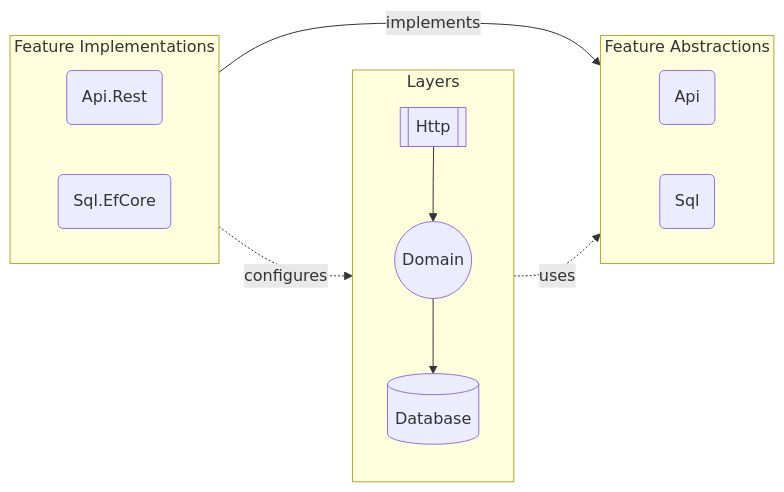
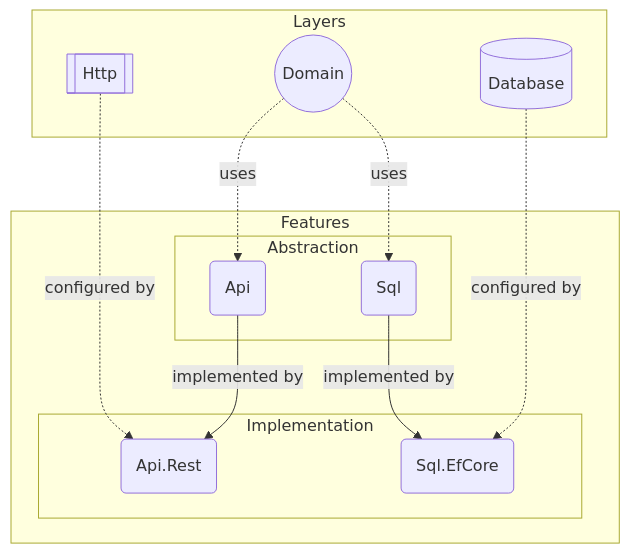
Before and after one commit to mouseless/baked: the fourth of 4 diagrams in docs/architecture/README.md, drawn with Mermaid. The commit also changed other lines of this file and 1 other file, not shown here.

Commit message:
finish architecture document

````diff
--- a/docs/architecture/README.md
+++ b/docs/architecture/README.md
@@ -81,28 +128,27 @@
 ```mermaid
-flowchart LR
+flowchart TB
   subgraph Layers
-    direction TB
-
     H[[Http]]
     D((Domain))
     DB[(Database)]
-
-    H --> D --> DB
   end
 
-  subgraph FA[Feature Abstractions]
-    direction LR
-    A(Api)
-    S(Sql)
+  subgraph Features
+    subgraph Abstraction
+      A(Api)
+      S(Sql)
+    end
+
+    subgraph Implementation
+      AR(Api.Rest)
+      SE(Sql.EfCore)
+    end
   end
 
-  subgraph FI[Feature Implementations]
-    direction LR
-    AR(Api.Rest)
-    SE(Sql.EfCore)
-  end
-
-  FI --implements--> FA
-  Layers -.uses.-> FA
-  FI -.configures.-> Layers
+  H -.configured by.-> AR
+  A --implemented by--> AR
+  D -.uses.-> A
+  D -.uses.-> S
+  S --implemented by--> SE
+  DB -.configured by.-> SE
 ```
````
